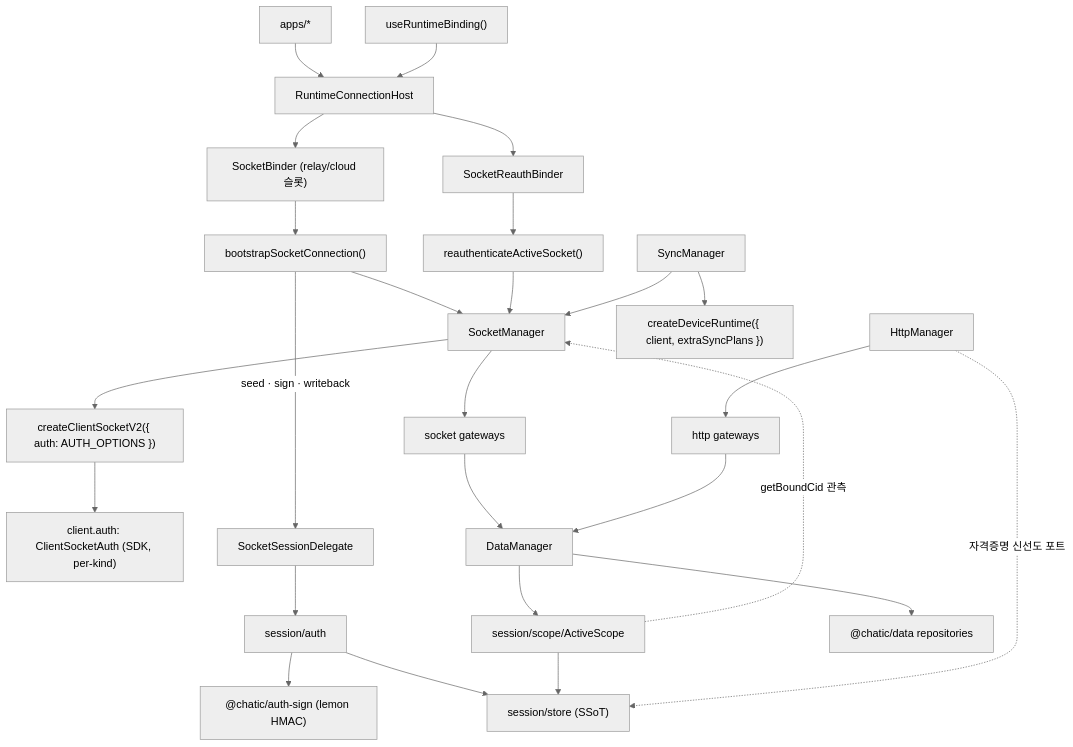
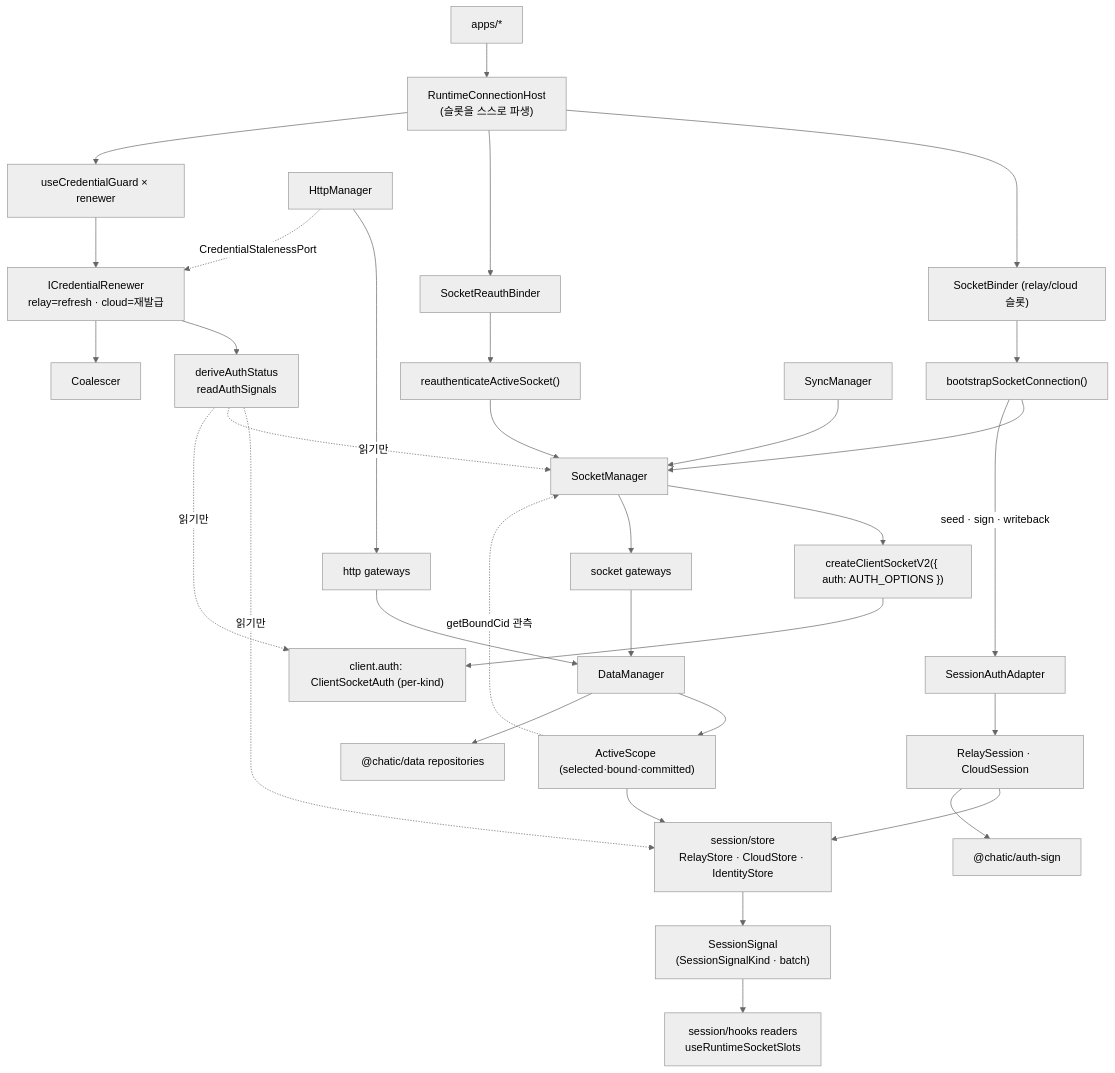
The first of 3 diagrams in libs/app-runtime/docs/architecture.md (lemoncloud-io/dou-app), drawn with Mermaid (neutral theme) before and after one commit. The commit also changed other lines of this file and 72 other files, not shown here.

````diff
--- a/libs/app-runtime/docs/architecture.md
+++ b/libs/app-runtime/docs/architecture.md
@@ -53,32 +166,39 @@
 ```mermaid
 flowchart TD
-  App["apps/*"] --> Host["RuntimeConnectionHost"]
-  Binding["useRuntimeBinding()"] --> Host
+  App["apps/*"] --> Host["RuntimeConnectionHost<br/>(슬롯을 스스로 파생)"]
 
   Host --> SocketBinder["SocketBinder (relay/cloud 슬롯)"]
   Host --> Reauth["SocketReauthBinder"]
+  Host --> Guard["useCredentialGuard × renewer"]
 
   SocketBinder --> Bootstrap["bootstrapSocketConnection()"]
   Reauth --> ReauthFn["reauthenticateActiveSocket()"]
-  Bootstrap --> SocketManager["SocketManager"]
-  ReauthFn --> SocketManager
+  Bootstrap --> SM["SocketManager"]
+  ReauthFn --> SM
 
-  SocketManager --> Client["createClientSocketV2({ auth: AUTH_OPTIONS })"]
-  Client --> Auth["client.auth: ClientSocketAuth (SDK, per-kind)"]
-  Bootstrap -->|"seed · sign · writeback"| Delegate["SocketSessionDelegate"]
-  Delegate --> SessionAuth["session/auth"]
-  SessionAuth --> Store["session/store (SSoT)"]
-  SessionAuth --> Sign["@chatic/auth-sign (lemon HMAC)"]
+  SM --> Client["createClientSocketV2({ auth: AUTH_OPTIONS })"]
+  Client --> SDK["client.auth: ClientSocketAuth (per-kind)"]
+  Bootstrap -->|"seed · sign · writeback"| Adapter["SessionAuthAdapter"]
 
-  Scope["session/scope/ActiveScope"] --> Store
-  Scope -.->|"getBoundCid 관측"| SocketManager
+  Adapter --> Sess["RelaySession · CloudSession"]
+  Sess --> Store["session/store<br/>RelayStore · CloudStore · IdentityStore"]
+  Sess --> Sign["@chatic/auth-sign"]
+  Store --> Signal["SessionSignal<br/>(SessionSignalKind · batch)"]
 
-  DataManager["DataManager"] --> Scope
-  DataManager --> Repos["@chatic/data repositories"]
-  SocketManager --> Gateways["socket gateways"] --> DataManager
-  HttpManager["HttpManager"] --> HttpGw["http gateways"] --> DataManager
-  HttpManager -.->|"자격증명 신선도 포트"| Store
+  Status["deriveAuthStatus<br/>readAuthSignals"] -.->|"읽기만"| Store
+  Status -.->|"읽기만"| SM
+  Status -.->|"읽기만"| SDK
+  Guard --> Renew["ICredentialRenewer<br/>relay=refresh · cloud=재발급"]
+  Renew --> Status
+  Renew --> Coal["Coalescer"]
 
-  SyncManager["SyncManager"] --> SocketManager
-  SyncManager --> DeviceRuntime["createDeviceRuntime({ client, extraSyncPlans })"]
+  Signal --> Readers["session/hooks readers<br/>useRuntimeSocketSlots"]
+  Scope["ActiveScope (selected·bound·committed)"] --> Store
+  Scope -.->|"getBoundCid 관측"| SM
+  DM["DataManager"] --> Scope
+  DM --> Repos["@chatic/data repositories"]
+  SM --> SGw["socket gateways"] --> DM
+  HM["HttpManager"] --> HGw["http gateways"] --> DM
+  HM -.->|"CredentialStalenessPort"| Renew
+  SyncM["SyncManager"] --> SM
 ```
````
